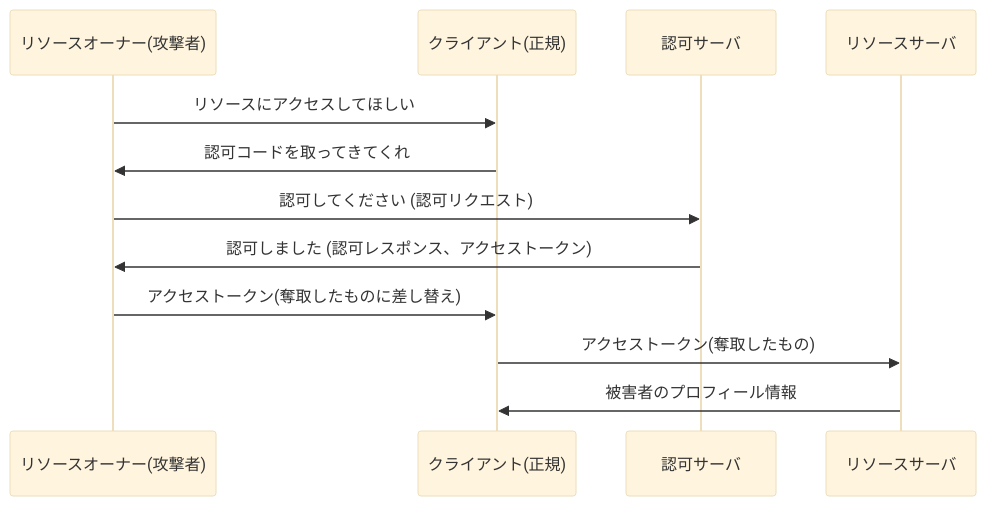
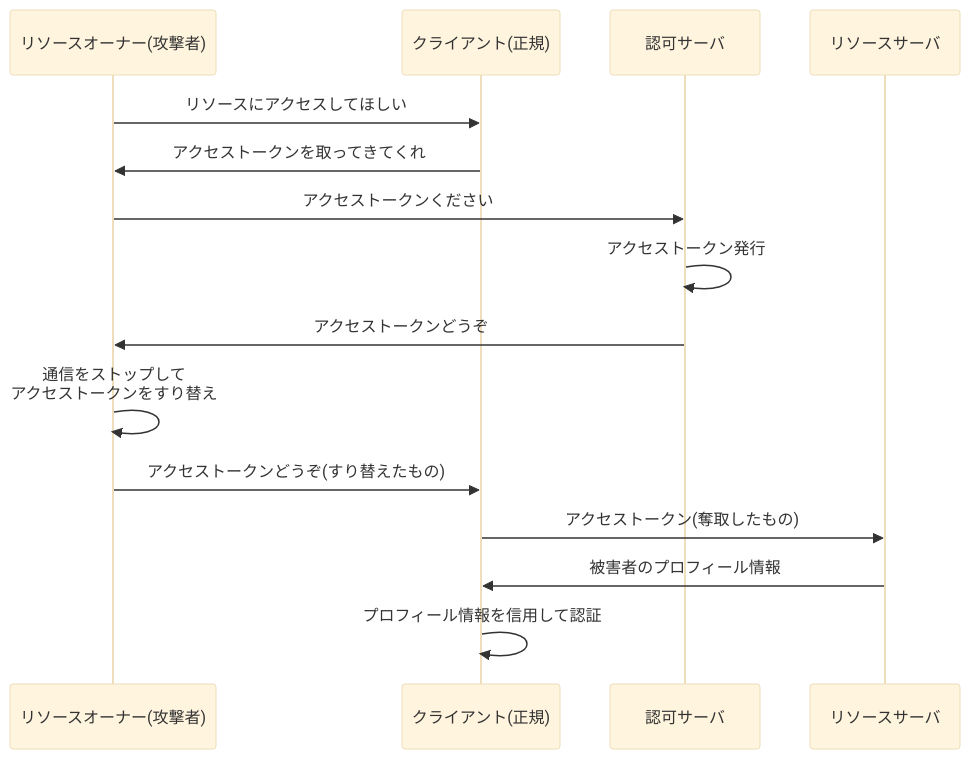
Before and after one commit to calloc134/zenn-dir: diagram 20 of 20 in articles/5e8da6c491e720.md, drawn with Mermaid (base theme). The commit also changed other lines of this file, not shown here.

````diff
--- a/articles/5e8da6c491e720.md
+++ b/articles/5e8da6c491e720.md
@@ -1746,15 +1758,18 @@
 ```mermaid
 sequenceDiagram
     participant リソースオーナー(攻撃者)
     participant クライアント(正規)
     participant 認可サーバ
     participant リソースサーバ
 
     リソースオーナー(攻撃者)->> クライアント(正規): リソースにアクセスしてほしい
-    クライアント(正規)->> リソースオーナー(攻撃者): 認可コードを取ってきてくれ
-    リソースオーナー(攻撃者)->> 認可サーバ: 認可してください (認可リクエスト)
-    認可サーバ->> リソースオーナー(攻撃者): 認可しました (認可レスポンス、アクセストークン)
-    リソースオーナー(攻撃者)->> クライアント(正規): アクセストークン(奪取したものに差し替え)
+    クライアント(正規)->> リソースオーナー(攻撃者): アクセストークンを取ってきてくれ
+    リソースオーナー(攻撃者)->> 認可サーバ: アクセストークンください
+    認可サーバ->> 認可サーバ: アクセストークン発行
+    認可サーバ->> リソースオーナー(攻撃者): アクセストークンどうぞ
+    リソースオーナー(攻撃者)->>リソースオーナー(攻撃者): 通信をストップして<br>アクセストークンをすり替え
+    リソースオーナー(攻撃者)->> クライアント(正規): アクセストークンどうぞ(すり替えたもの)
     クライアント(正規)->> リソースサーバ: アクセストークン(奪取したもの)
     リソースサーバ->> クライアント(正規): 被害者のプロフィール情報
+    クライアント(正規)->>クライアント(正規): プロフィール情報を信用して認証
 ```
````
